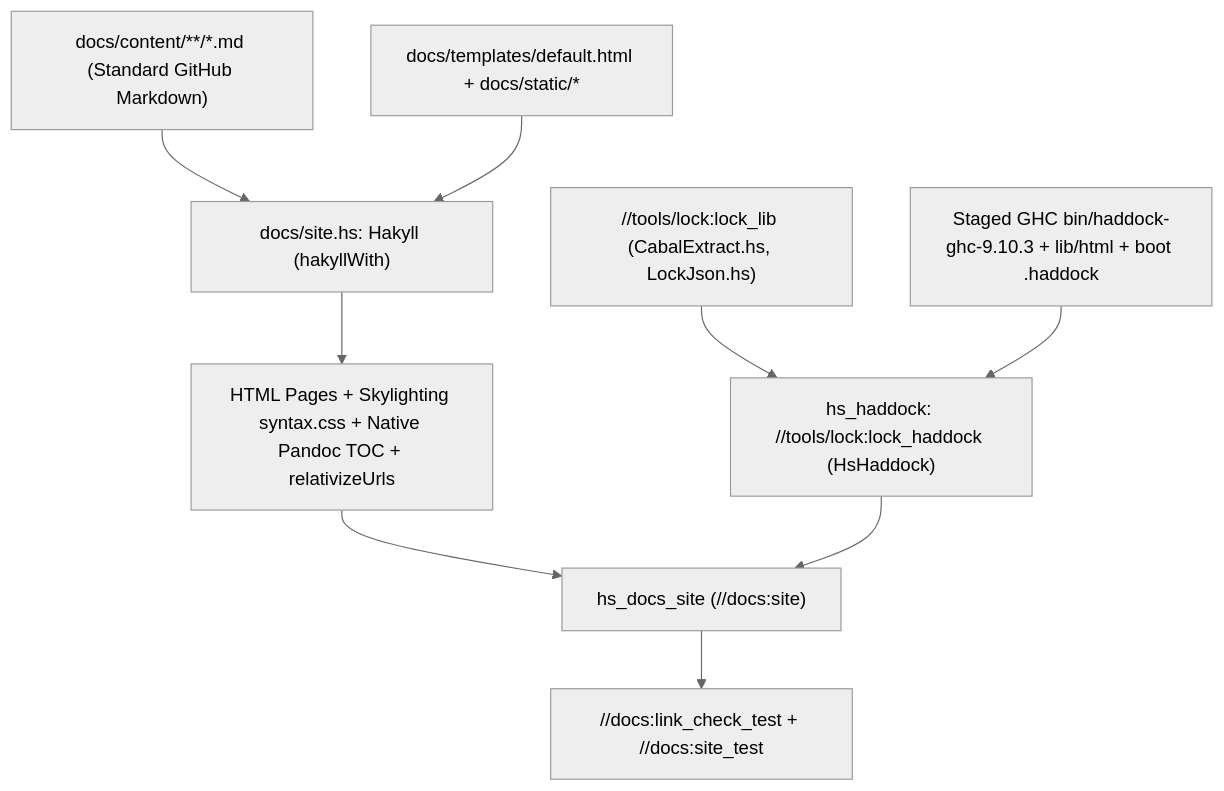
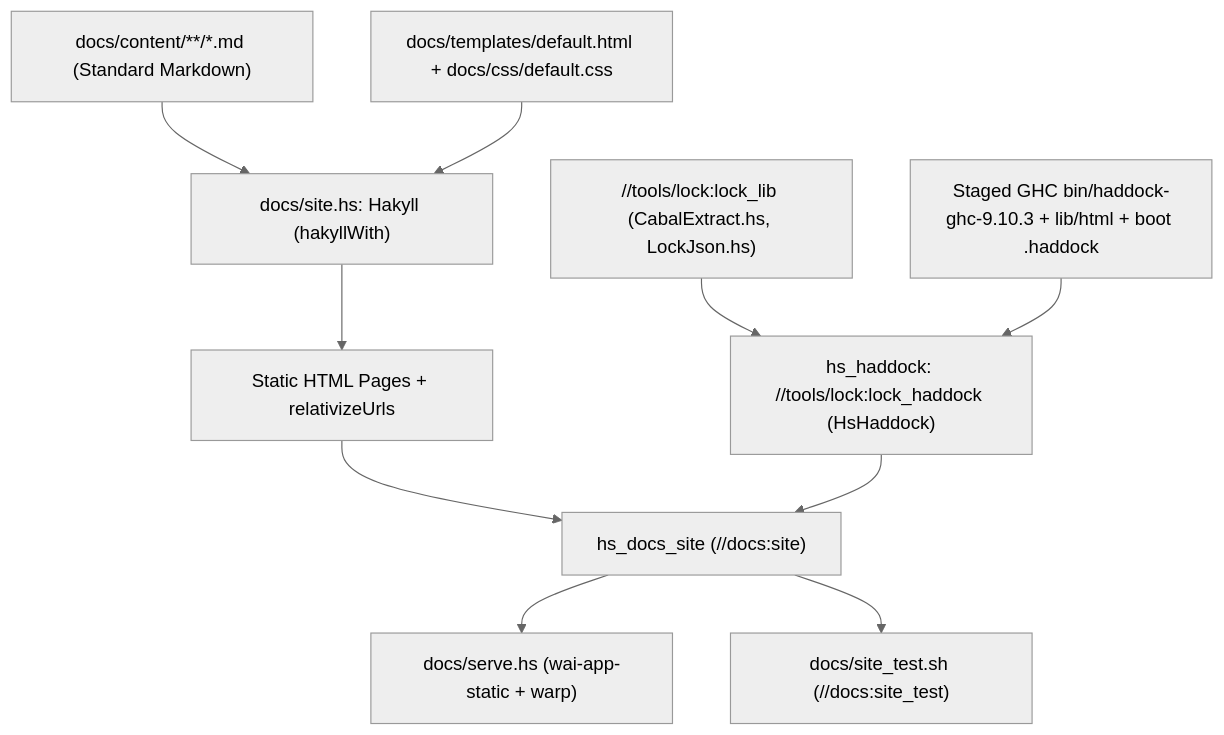
Before and after one commit to kaycebasques/hs: the diagram in docs/content/internals/docs-engine.md, drawn with Mermaid (neutral theme). The commit also changed other lines of this file and 21 other files, not shown here.

````diff
--- a/docs/content/internals/docs-engine.md
+++ b/docs/content/internals/docs-engine.md
@@ -47,11 +44,12 @@
 ```mermaid
 flowchart TD
-    MD["docs/content/**/*.md (Standard GitHub Markdown)"] --> HAK["docs/site.hs: Hakyll (hakyllWith)"]
-    TPL["docs/templates/default.html + docs/static/*"] --> HAK
-    HAK --> HTML["HTML Pages + Skylighting syntax.css + Native Pandoc TOC + relativizeUrls"]
+    MD["docs/content/**/*.md (Standard Markdown)"] --> HAK["docs/site.hs: Hakyll (hakyllWith)"]
+    TPL["docs/templates/default.html + docs/css/default.css"] --> HAK
+    HAK --> HTML["Static HTML Pages + relativizeUrls"]
     LOCK["//tools/lock:lock_lib (CabalExtract.hs, LockJson.hs)"] --> HAD["hs_haddock: //tools/lock:lock_haddock (HsHaddock)"]
     GHC["Staged GHC bin/haddock-ghc-9.10.3 + lib/html + boot .haddock"] --> HAD
     HTML --> SITE["hs_docs_site (//docs:site)"]
     HAD --> SITE
-    SITE --> CHECK["//docs:link_check_test + //docs:site_test"]
+    SITE --> SERVE["docs/serve.hs (wai-app-static + warp)"]
+    SITE --> CHECK["docs/site_test.sh (//docs:site_test)"]
 ```
````
